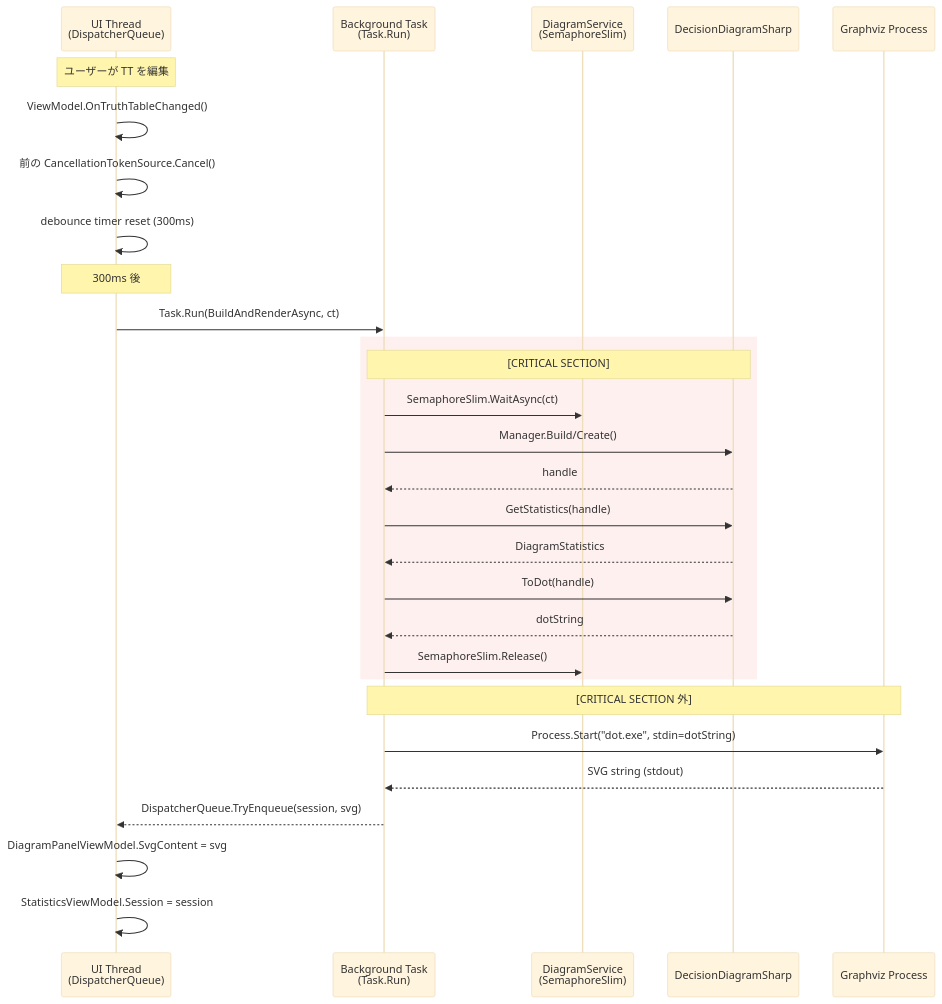
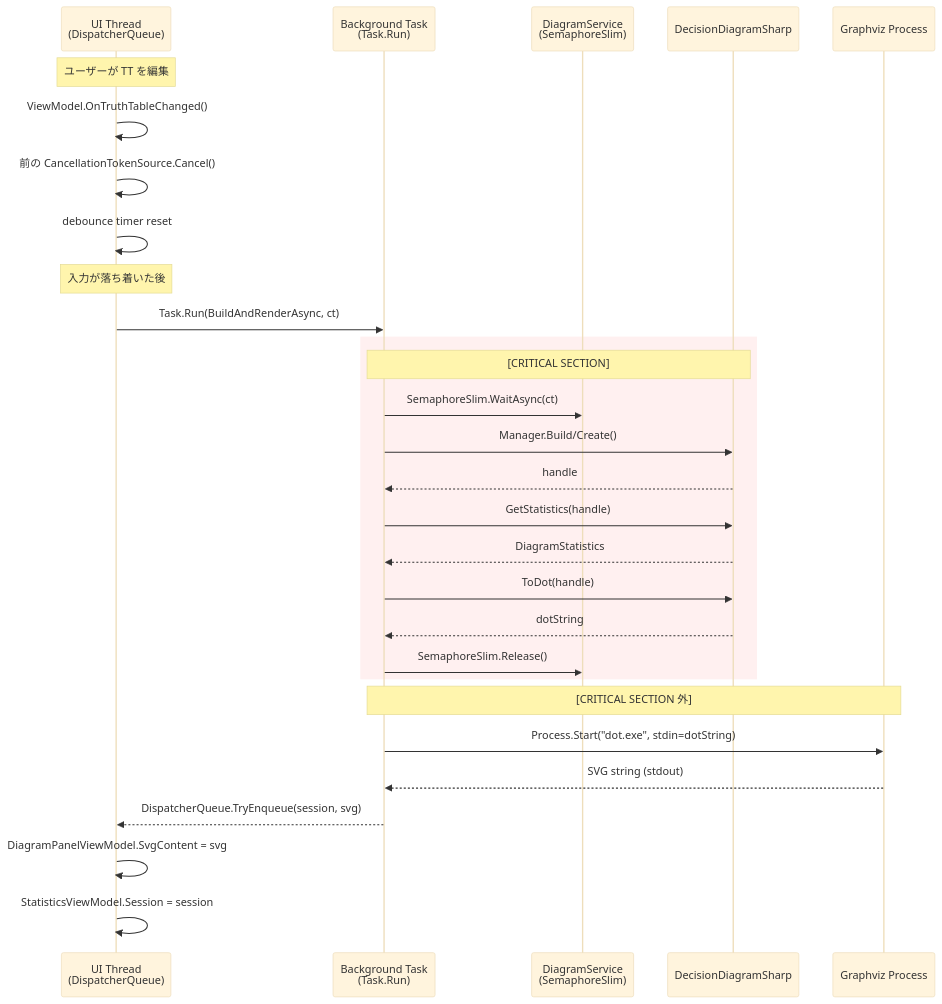
Before and after one commit to urario/DecisionDiagramStudio: the seventh of 16 diagrams in docs/architecture.md, drawn with Mermaid (base theme). The commit also changed other lines of this file and 23 other files, not shown here.

````diff
--- a/docs/architecture.md
+++ b/docs/architecture.md
@@ -405,35 +405,35 @@
 ```mermaid
 sequenceDiagram
     participant UI as UI Thread<br/>(DispatcherQueue)
     participant BG as Background Task<br/>(Task.Run)
     participant SVC as DiagramService<br/>(SemaphoreSlim)
     participant Lib as DecisionDiagramSharp
     participant GV as Graphviz Process
 
     Note over UI: ユーザーが TT を編集
     UI->>UI: ViewModel.OnTruthTableChanged()
     UI->>UI: 前の CancellationTokenSource.Cancel()
-    UI->>UI: debounce timer reset (300ms)
-    Note over UI: 300ms 後
+    UI->>UI: debounce timer reset
+    Note over UI: 入力が落ち着いた後
     UI->>BG: Task.Run(BuildAndRenderAsync, ct)
 
     rect rgb(255, 240, 240)
         Note over BG,Lib: [CRITICAL SECTION]
         BG->>SVC: SemaphoreSlim.WaitAsync(ct)
         BG->>Lib: Manager.Build/Create()
         Lib-->>BG: handle
         BG->>Lib: GetStatistics(handle)
         Lib-->>BG: DiagramStatistics
         BG->>Lib: ToDot(handle)
         Lib-->>BG: dotString
         BG->>SVC: SemaphoreSlim.Release()
     end
 
     Note over BG,GV: [CRITICAL SECTION 外]
     BG->>GV: Process.Start("dot.exe", stdin=dotString)
     GV-->>BG: SVG string (stdout)
 
     BG-->>UI: DispatcherQueue.TryEnqueue(session, svg)
     UI->>UI: DiagramPanelViewModel.SvgContent = svg
     UI->>UI: StatisticsViewModel.Session = session
 ```
````
